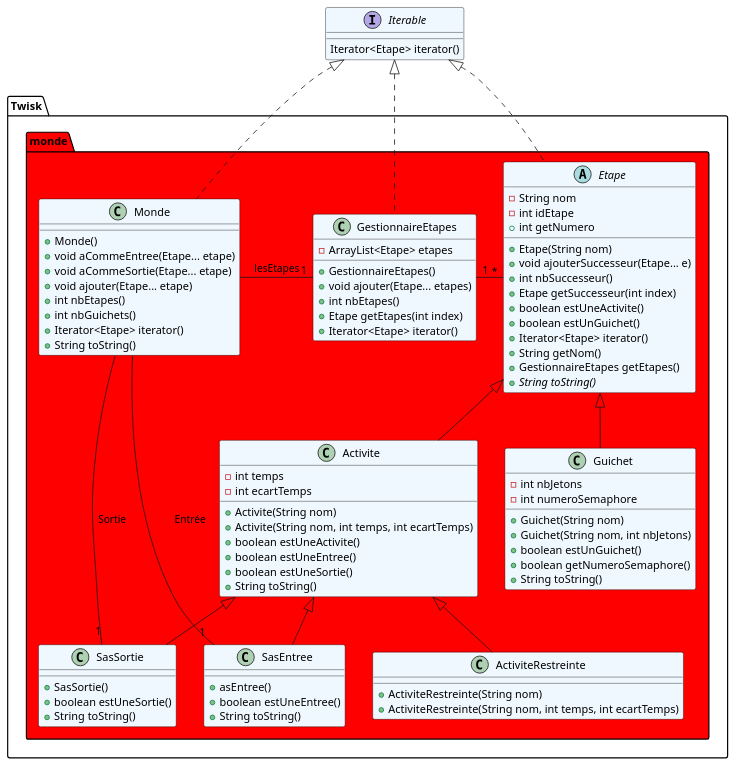
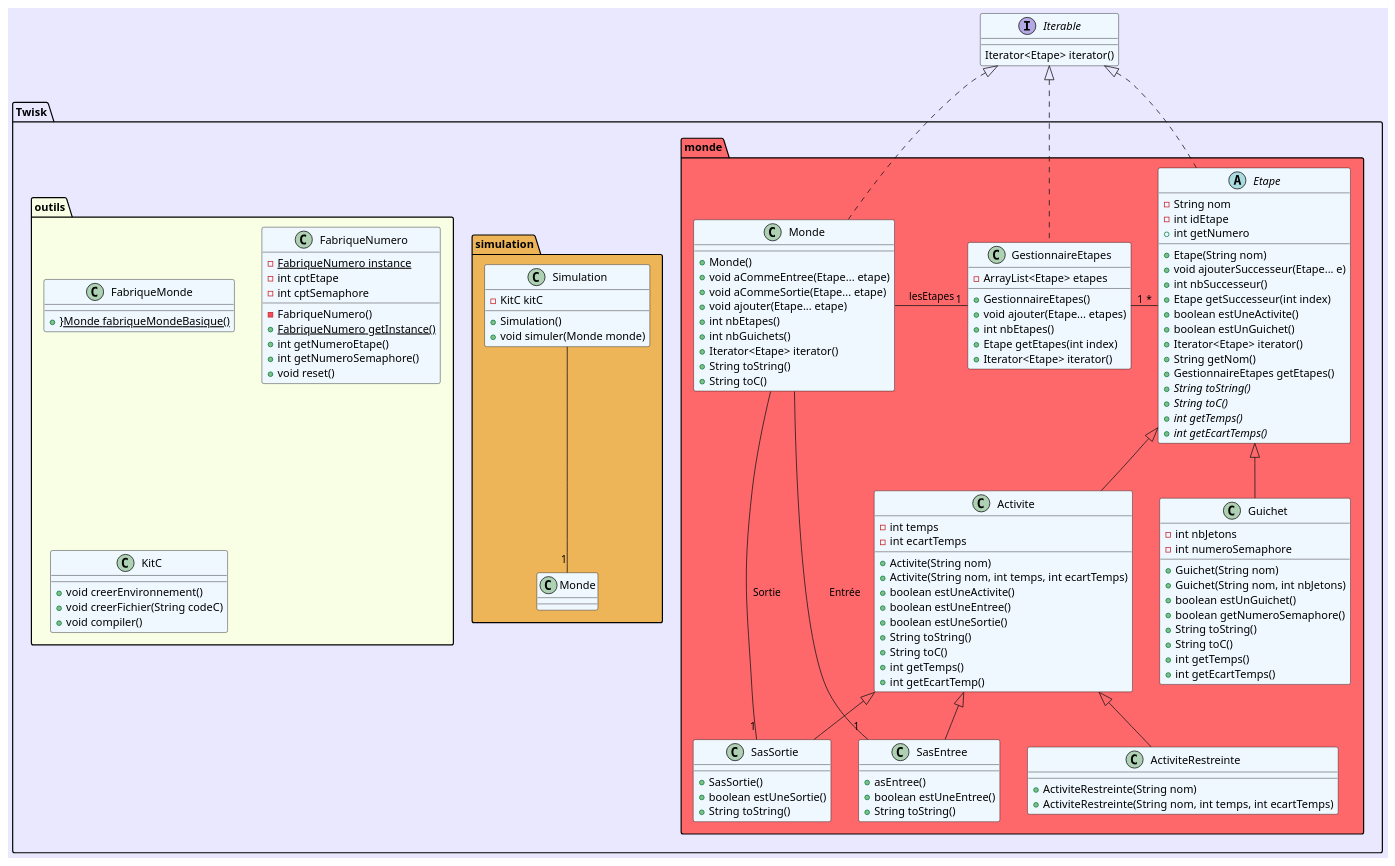
One commit to NicolasRes/Twisk changed the diagram in diagrammes/Diagramme Monde.puml. Above: the diagram before and after it, drawn with PlantUML.

Commit message:
Ajout packages

```diff
--- a/diagrammes/Diagramme Monde.puml
+++ b/diagrammes/Diagramme Monde.puml
@@ -1,113 +1,161 @@
 @startuml
 'https://plantuml.com/class-diagram
 
 interface Iterable {
     Iterator<Etape> iterator()
 }
 
 package "Twisk" {
 
-    package "monde" #red {
+    package "monde" #FF686B {
 
-    'Liens entre les classes
-    Iterable <|.. Monde
-    Iterable <|.. GestionnaireEtapes
-    Iterable <|.. Etape
+        'Liens entre les classes
+        Iterable <|.. Monde
+        Iterable <|.. GestionnaireEtapes
+        Iterable <|.. Etape
 
-    Monde -right-"1" "GestionnaireEtapes" : lesEtapes
-    Monde --"1" "SasEntree" : Entrée
-    Monde --"1" "SasSortie" : Sortie
+        Monde -right-"1" "GestionnaireEtapes" : lesEtapes
+        Monde --"1" "SasEntree" : Entrée
+        Monde --"1" "SasSortie" : Sortie
 
-    Etape "*"-left-"1" GestionnaireEtapes
-    Etape <|-- Activite
-    Etape <|-- Guichet
+        Etape "*"-left-"1" GestionnaireEtapes
+        Etape <|-- Activite
+        Etape <|-- Guichet
 
-    Activite <|-- SasEntree
-    Activite <|-- SasSortie
-    Activite <|-- ActiviteRestreinte
+        Activite <|-- SasEntree
+        Activite <|-- SasSortie
+        Activite <|-- ActiviteRestreinte
 
-    'Définition des classes
+        'Définition des classes
 
-    class Activite {
-        - int temps
-        - int ecartTemps
-        + Activite(String nom)
-        + Activite(String nom, int temps, int ecartTemps)
-        + boolean estUneActivite()
-        + boolean estUneEntree()
-        + boolean estUneSortie()
-        + String toString()
+        class Activite {
+            - int temps
+            - int ecartTemps
+            + Activite(String nom)
+            + Activite(String nom, int temps, int ecartTemps)
+            + boolean estUneActivite()
+            + boolean estUneEntree()
+            + boolean estUneSortie()
+            + String toString()
+            + String toC()
+            + int getTemps()
+            + int getEcartTemp()
+        }
+
+        class ActiviteRestreinte {
+            + ActiviteRestreinte(String nom)
+            + ActiviteRestreinte(String nom, int temps, int ecartTemps)
+        }
+
+        abstract class Etape {
+            - String nom
+            - int idEtape
+            + Etape(String nom)
+            + int getNumero
+            + void ajouterSuccesseur(Etape... e)
+            + int nbSuccesseur()
+            + Etape getSuccesseur(int index)
+            + boolean estUneActivite()
+            + boolean estUnGuichet()
+            + Iterator<Etape> iterator()
+            + String getNom()
+            + GestionnaireEtapes getEtapes()
+            + {abstract} String toString()
+            + {abstract} String toC()
+            + {abstract} int getTemps()
+            + {abstract} int getEcartTemps()
+        }
+
+        class GestionnaireEtapes {
+            - ArrayList<Etape> etapes
+            + GestionnaireEtapes()
+            + void ajouter(Etape... etapes)
+            + int nbEtapes()
+            + Etape getEtapes(int index)
+            + Iterator<Etape> iterator()
+        }
+
+        class Guichet {
+            - int nbJetons
+            - int numeroSemaphore
+            + Guichet(String nom)
+            + Guichet(String nom, int nbJetons)
+            + boolean estUnGuichet()
+            + boolean getNumeroSemaphore()
+            + String toString()
+            + String toC()
+            + int getTemps()
+            + int getEcartTemps()
+        }
+
+        class Monde {
+            + Monde()
+            + void aCommeEntree(Etape... etape)
+            + void aCommeSortie(Etape... etape)
+            + void ajouter(Etape... etape)
+            + int nbEtapes()
+            + int nbGuichets()
+            + Iterator<Etape> iterator()
+            + String toString()
+            + String toC()
+        }
+
+        class SasEntree {
+            + asEntree()
+            + boolean estUneEntree()
+            + String toString()
+        }
+
+        class SasSortie {
+            + SasSortie()
+            + boolean estUneSortie()
+            + String toString()
+        }
+        }
+
+        skinparam class {
+            BackgroundColor aliceblue
+            BorderColor black
     }
 
-    class ActiviteRestreinte {
-    + ActiviteRestreinte(String nom)
-    + ActiviteRestreinte(String nom, int temps, int ecartTemps)
+    package "simulation" #EDB458 {
+
+            class "Monde" as sMonde {}
+            Simulation --"1" sMonde
+
+            class Simulation {
+            - KitC kitC
+            + Simulation()
+            + void simuler(Monde monde)
+            }
+        }
+
+    package "outils" #F8FFE5 {
+        class FabriqueMonde {
+            + {static} }Monde fabriqueMondeBasique()
+        }
+
+        class FabriqueNumero {
+            - {static} FabriqueNumero instance
+            - int cptEtape
+            - int cptSemaphore
+            - FabriqueNumero()
+            + {static} FabriqueNumero getInstance()
+            + int getNumeroEtape()
+            + int getNumeroSemaphore()
+            + void reset()
+        }
+
+        class KitC {
+            + void creerEnvironnement()
+            + void creerFichier(String codeC)
+            + void compiler()
+        }
     }
 
-    abstract class Etape {
-    - String nom
-    - int idEtape
-    + Etape(String nom)
-    + int getNumero
-    + void ajouterSuccesseur(Etape... e)
-    + int nbSuccesseur()
-    + Etape getSuccesseur(int index)
-    + boolean estUneActivite()
-    + boolean estUnGuichet()
-    + Iterator<Etape> iterator()
-    + String getNom()
-    + GestionnaireEtapes getEtapes()
-    + {abstract} String toString()
+    skinparam {
+        BackgroundColor #EAE8FF
     }
-
-    class GestionnaireEtapes {
-    - ArrayList<Etape> etapes
-    + GestionnaireEtapes()
-    + void ajouter(Etape... etapes)
-    + int nbEtapes()
-    + Etape getEtapes(int index)
-    + Iterator<Etape> iterator()
-    }
-
-    class Guichet {
-    - int nbJetons
-    - int numeroSemaphore
-    + Guichet(String nom)
-    + Guichet(String nom, int nbJetons)
-    + boolean estUnGuichet()
-    + boolean getNumeroSemaphore()
-    + String toString()
-    }
-
-    class Monde {
-    + Monde()
-    + void aCommeEntree(Etape... etape)
-    + void aCommeSortie(Etape... etape)
-    + void ajouter(Etape... etape)
-    + int nbEtapes()
-    + int nbGuichets()
-    + Iterator<Etape> iterator()
-    + String toString()
-    }
-
-    class SasEntree {
-    + asEntree()
-    + boolean estUneEntree()
-    + String toString()
-    }
-
-    class SasSortie {
-    + SasSortie()
-    + boolean estUneSortie()
-    + String toString()
-    }
-    }
-
-    skinparam class {
-        BackgroundColor aliceblue
-        BorderColor black
-    }
-
 }
 
 @enduml
```
